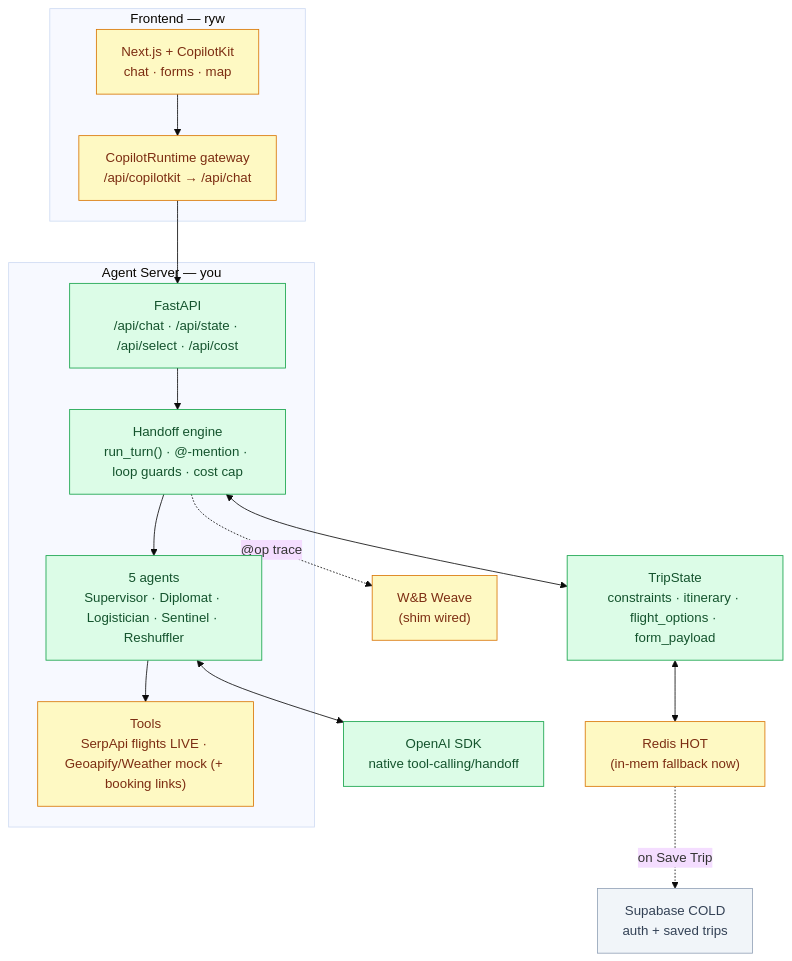
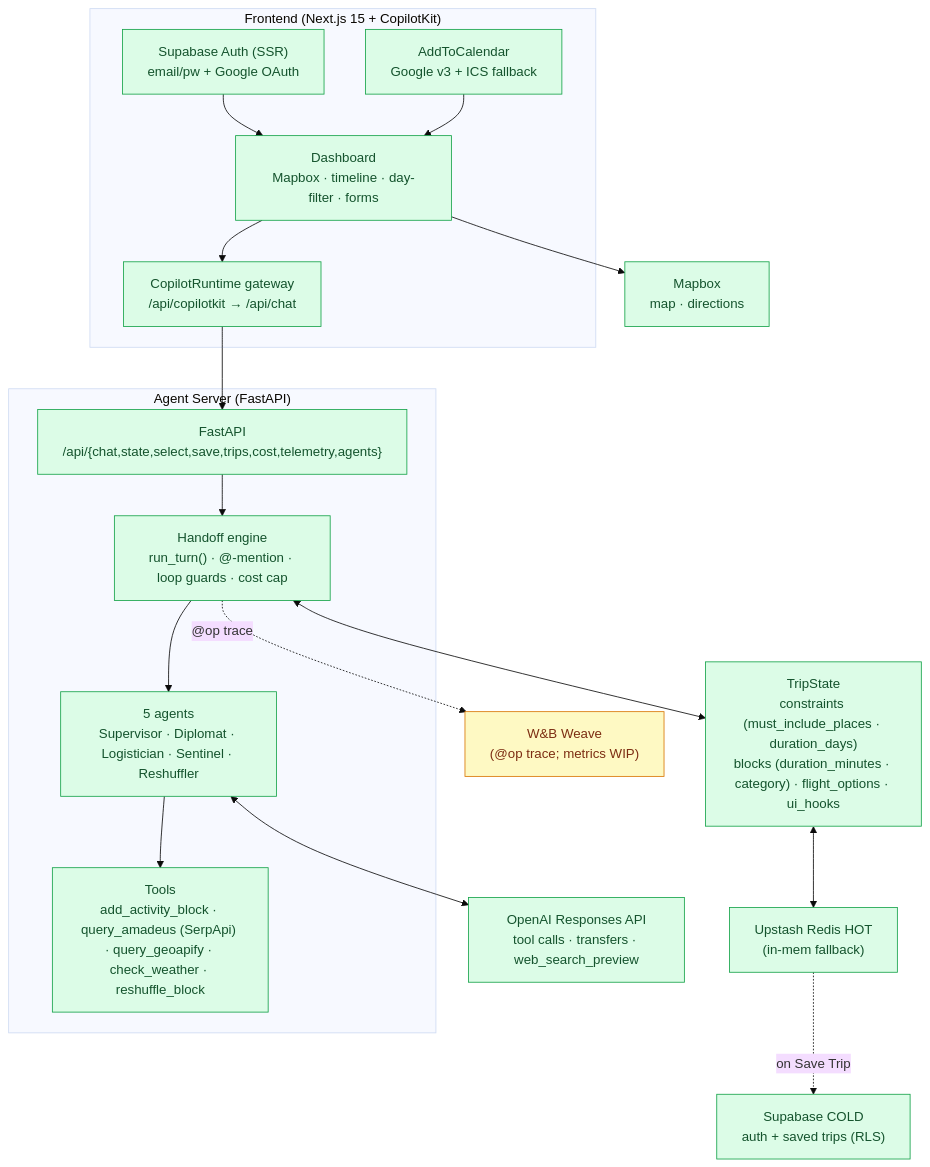
One commit to zhastdoit/MyTravelCompanion changed the first of 3 diagrams in STATUS.md. Above: the diagram before and after it, drawn with Mermaid (base theme). The commit also changed other lines of this file and 31 other files, not shown here.

````diff
--- a/STATUS.md
+++ b/STATUS.md
@@ -31,30 +39,36 @@
 ```mermaid
 flowchart TB
-  subgraph FE["Frontend — ryw"]
-    UI["Next.js + CopilotKit<br/>chat · forms · map"]:::wip
-    GW["CopilotRuntime gateway<br/>/api/copilotkit → /api/chat"]:::wip
+  subgraph FE["Frontend (Next.js 15 + CopilotKit)"]
+    UI["Dashboard<br/>Mapbox · timeline · day-filter · forms"]:::done
+    GW["CopilotRuntime gateway<br/>/api/copilotkit → /api/chat"]:::done
+    CAL["AddToCalendar<br/>Google v3 + ICS fallback"]:::done
+    AUTH["Supabase Auth (SSR)<br/>email/pw + Google OAuth"]:::done
   end
-  subgraph BE["Agent Server — you"]
-    API["FastAPI<br/>/api/chat · /api/state · /api/select · /api/cost"]:::done
+  subgraph BE["Agent Server (FastAPI)"]
+    API["FastAPI<br/>/api/{chat,state,select,save,trips,cost,telemetry,agents}"]:::done
     ORCH["Handoff engine<br/>run_turn() · @-mention · loop guards · cost cap"]:::done
     AG["5 agents<br/>Supervisor · Diplomat · Logistician · Sentinel · Reshuffler"]:::done
-    TOOLS["Tools<br/>SerpApi flights LIVE · Geoapify/Weather mock (+ booking links)"]:::wip
+    TOOLS["Tools<br/>add_activity_block · query_amadeus (SerpApi) · query_geoapify · check_weather · reshuffle_block"]:::done
   end
-  STATE["TripState<br/>constraints · itinerary · flight_options · form_payload"]:::done
-  REDIS["Redis HOT<br/>(in-mem fallback now)"]:::wip
-  SUPA["Supabase COLD<br/>auth + saved trips"]:::todo
-  OAI["OpenAI SDK<br/>native tool-calling/handoff"]:::done
-  WEAVE["W&B Weave<br/>(shim wired)"]:::wip
+  STATE["TripState<br/>constraints (must_include_places · duration_days)<br/>blocks (duration_minutes · category) · flight_options · ui_hooks"]:::done
+  REDIS["Upstash Redis HOT<br/>(in-mem fallback)"]:::done
+  SUPA["Supabase COLD<br/>auth + saved trips (RLS)"]:::done
+  OAI["OpenAI Responses API<br/>tool calls · transfers · web_search_preview"]:::done
+  WEAVE["W&B Weave<br/>(@op trace; metrics WIP)"]:::wip
+  MAP["Mapbox<br/>map · directions"]:::done
 
   UI --> GW --> API
+  AUTH --> UI
+  CAL --> UI
+  UI --> MAP
   API --> ORCH --> AG --> TOOLS
   ORCH <--> STATE
   STATE <--> REDIS
   REDIS -. on Save Trip .-> SUPA
   AG <--> OAI
   ORCH -. @op trace .-> WEAVE
 
   classDef done fill:#dcfce7,stroke:#16a34a,color:#14532d;
   classDef wip fill:#fef9c3,stroke:#d97706,color:#7c2d12;
   classDef todo fill:#f1f5f9,stroke:#94a3b8,color:#334155;
 ```
````
